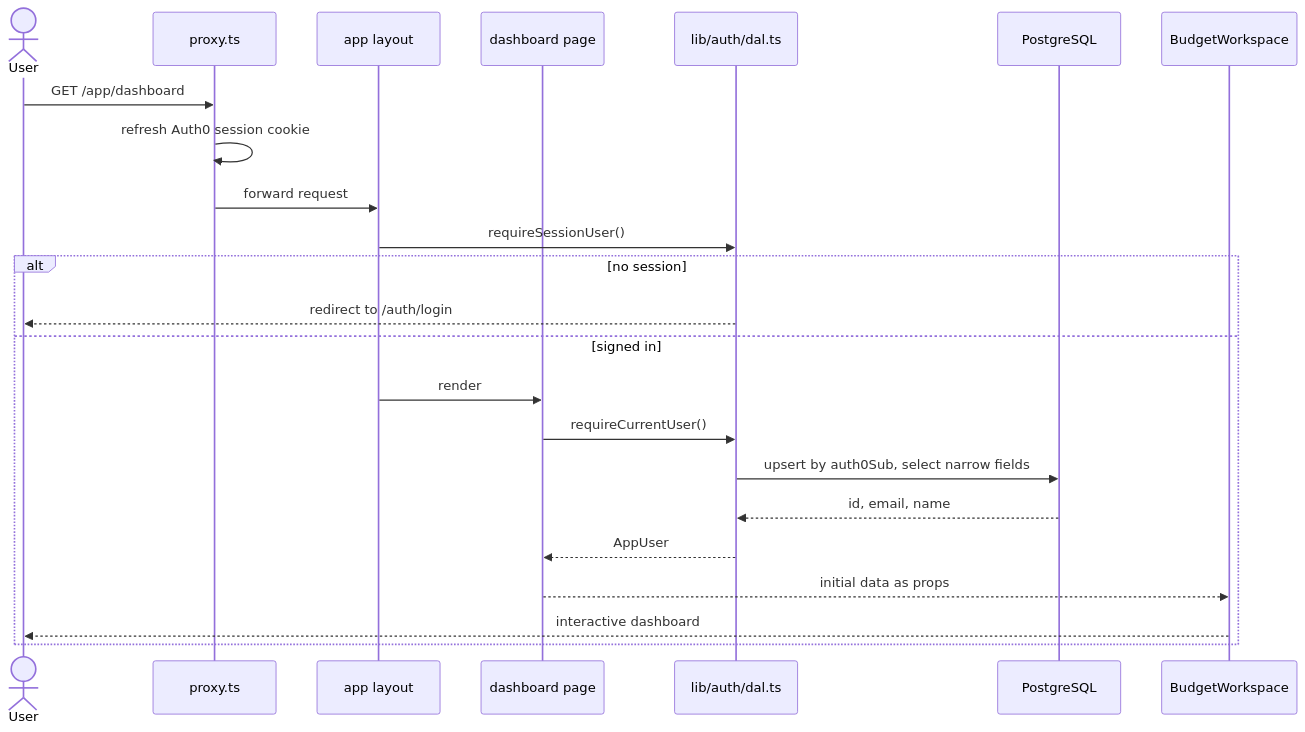
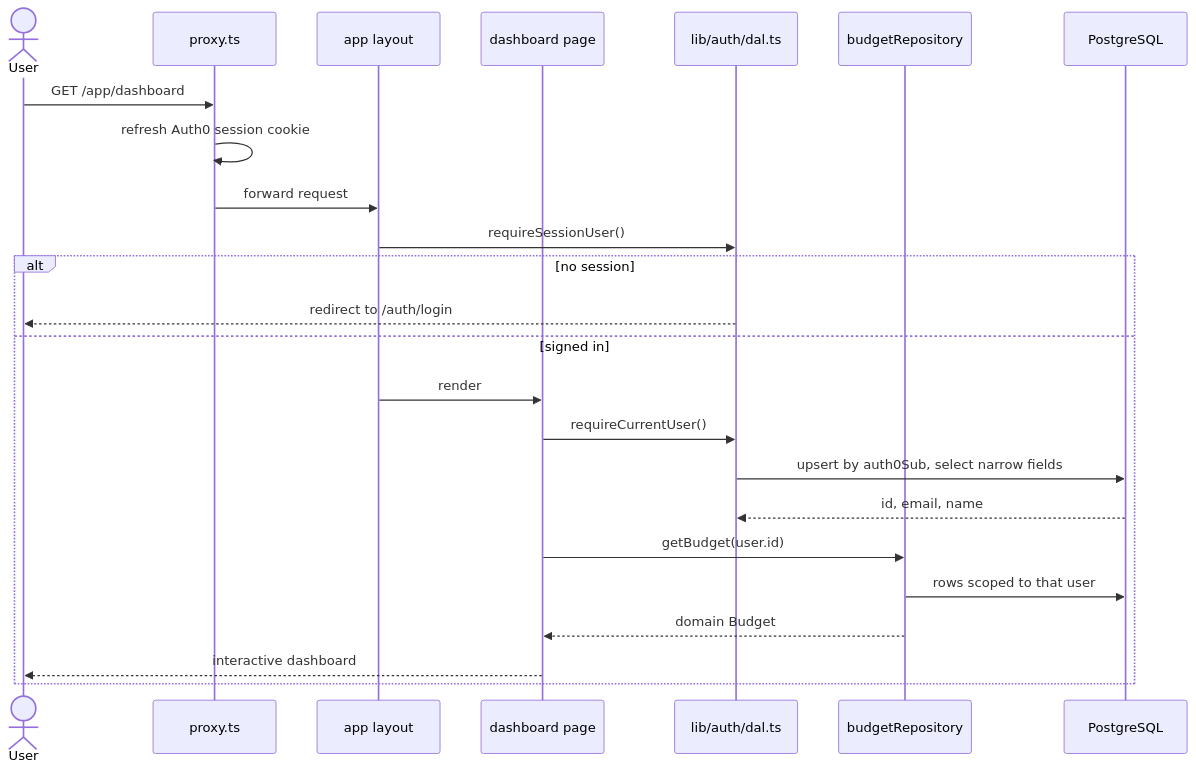
One commit to tylernpc/BudgitUrself changed the second of 2 diagrams in README.md. Above: the diagram before and after it, drawn with Mermaid. The commit also changed other lines of this file and 6 other files, not shown here.

````diff
--- a/README.md
+++ b/README.md
@@ -112,26 +221,27 @@
 ```mermaid
 sequenceDiagram
     actor User
     participant Proxy as proxy.ts
     participant Layout as app layout
     participant Page as dashboard page
     participant DAL as lib/auth/dal.ts
+    participant Repo as budgetRepository
     participant DB as PostgreSQL
-    participant Client as BudgetWorkspace
 
     User->>Proxy: GET /app/dashboard
     Proxy->>Proxy: refresh Auth0 session cookie
     Proxy->>Layout: forward request
     Layout->>DAL: requireSessionUser()
     alt no session
         DAL-->>User: redirect to /auth/login
     else signed in
         Layout->>Page: render
         Page->>DAL: requireCurrentUser()
         DAL->>DB: upsert by auth0Sub, select narrow fields
         DB-->>DAL: id, email, name
-        DAL-->>Page: AppUser
-        Page-->>Client: initial data as props
-        Client-->>User: interactive dashboard
+        Page->>Repo: getBudget(user.id)
+        Repo->>DB: rows scoped to that user
+        Repo-->>Page: domain Budget
+        Page-->>User: interactive dashboard
     end
 ```
````
